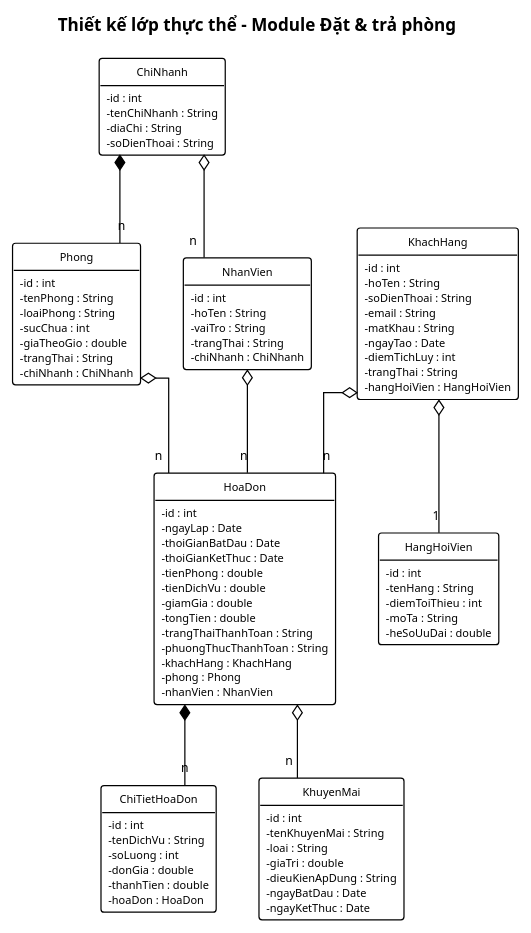
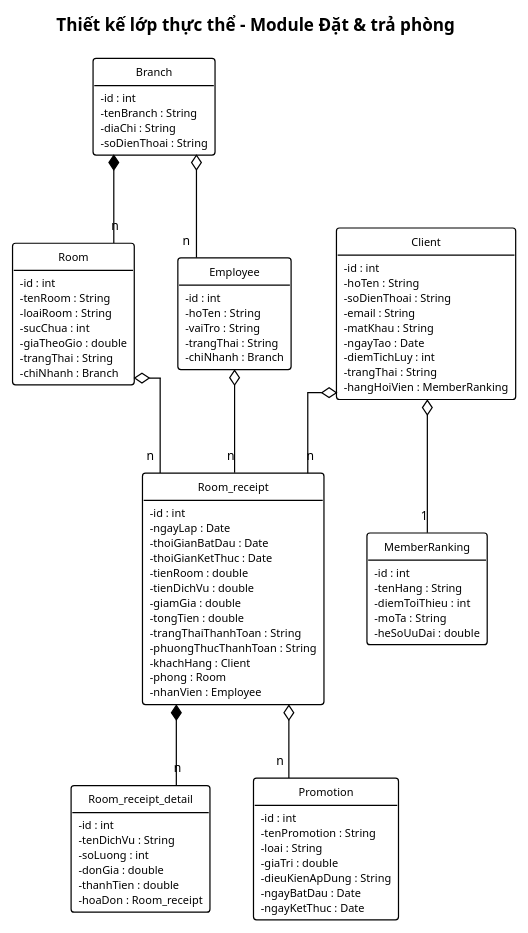
The diagram in docs/tabs/section-booking-iii.1.md (thanhtrnnn/cnpm), drawn with PlantUML before and after one commit. The commit also changed other lines of this file and 16 other files, not shown here.

````diff
--- a/docs/tabs/section-booking-iii.1.md
+++ b/docs/tabs/section-booking-iii.1.md
@@ -74,7 +74,7 @@
 
 title Thiết kế lớp thực thể - Module Đặt & trả phòng
 
-class KhachHang {
+class Client {
   -id : int
   -hoTen : String
   -soDienThoai : String
@@ -83,60 +83,60 @@
   -ngayTao : Date
   -diemTichLuy : int
   -trangThai : String
-  -hangHoiVien : HangHoiVien
+  -hangHoiVien : MemberRanking
 }
 
-class ChiNhanh {
+class Branch {
   -id : int
-  -tenChiNhanh : String
+  -tenBranch : String
   -diaChi : String
   -soDienThoai : String
 }
 
-class Phong {
+class Room {
   -id : int
-  -tenPhong : String
-  -loaiPhong : String
+  -tenRoom : String
+  -loaiRoom : String
   -sucChua : int
   -giaTheoGio : double
   -trangThai : String
-  -chiNhanh : ChiNhanh
+  -chiNhanh : Branch
 }
 
-class NhanVien {
+class Employee {
   -id : int
   -hoTen : String
   -vaiTro : String
   -trangThai : String
-  -chiNhanh : ChiNhanh
+  -chiNhanh : Branch
 }
 
-class HoaDon {
+class Room_receipt {
   -id : int
   -ngayLap : Date
   -thoiGianBatDau : Date
   -thoiGianKetThuc : Date
-  -tienPhong : double
+  -tienRoom : double
   -tienDichVu : double
   -giamGia : double
   -tongTien : double
   -trangThaiThanhToan : String
   -phuongThucThanhToan : String
-  -khachHang : KhachHang
-  -phong : Phong
-  -nhanVien : NhanVien
+  -khachHang : Client
+  -phong : Room
+  -nhanVien : Employee
 }
 
-class ChiTietHoaDon {
+class Room_receipt_detail {
   -id : int
   -tenDichVu : String
   -soLuong : int
   -donGia : double
   -thanhTien : double
-  -hoaDon : HoaDon
+  -hoaDon : Room_receipt
 }
 
-class HangHoiVien {
+class MemberRanking {
   -id : int
   -tenHang : String
   -diemToiThieu : int
@@ -144,9 +144,9 @@
   -heSoUuDai : double
 }
 
-class KhuyenMai {
+class Promotion {
   -id : int
-  -tenKhuyenMai : String
+  -tenPromotion : String
   -loai : String
   -giaTri : double
   -dieuKienApDung : String
@@ -154,13 +154,13 @@
   -ngayKetThuc : Date
 }
 
-ChiNhanh *-- "n" Phong
-ChiNhanh o-- "n" NhanVien
-KhachHang o-- "1" HangHoiVien
-HoaDon *-- "n" ChiTietHoaDon
-KhachHang o-- "n" HoaDon
-Phong o-- "n" HoaDon
-NhanVien o-- "n" HoaDon
-HoaDon o-- "n" KhuyenMai
+Branch *-- "n" Room
+Branch o-- "n" Employee
+Client o-- "1" MemberRanking
+Room_receipt *-- "n" Room_receipt_detail
+Client o-- "n" Room_receipt
+Room o-- "n" Room_receipt
+Employee o-- "n" Room_receipt
+Room_receipt o-- "n" Promotion
 @enduml
 ```
````
